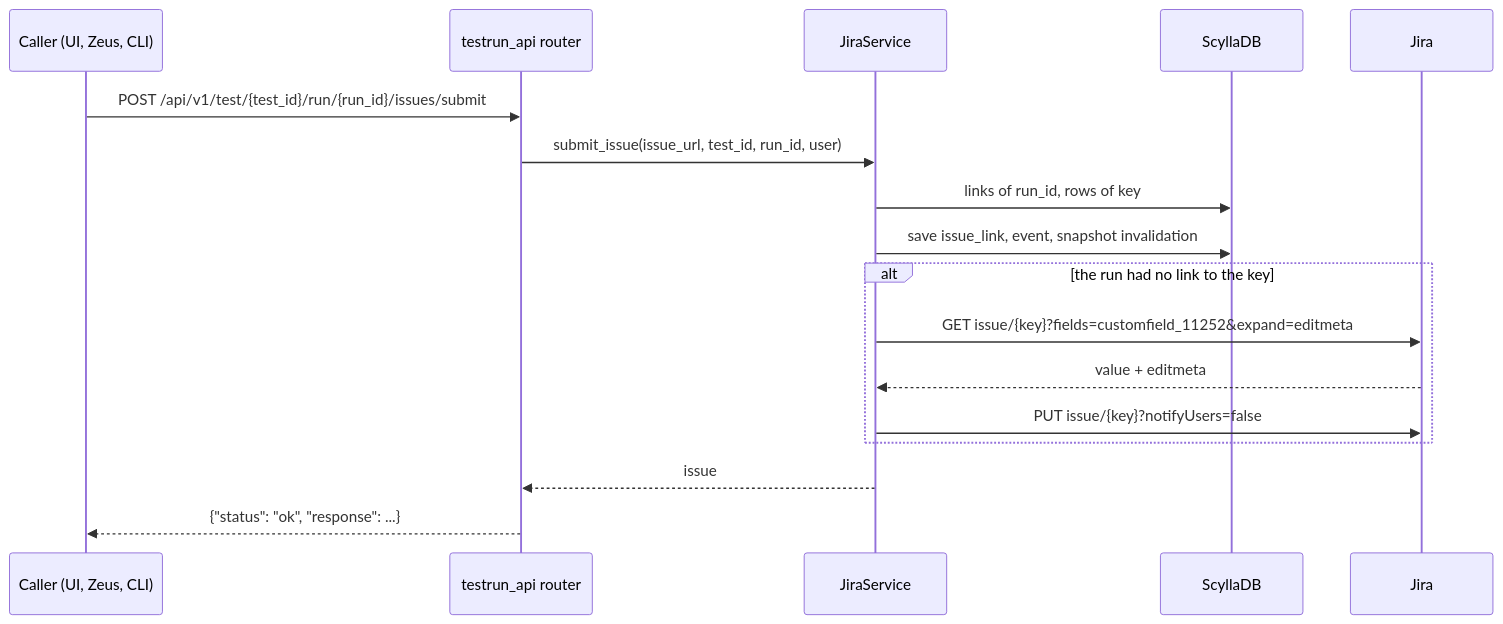
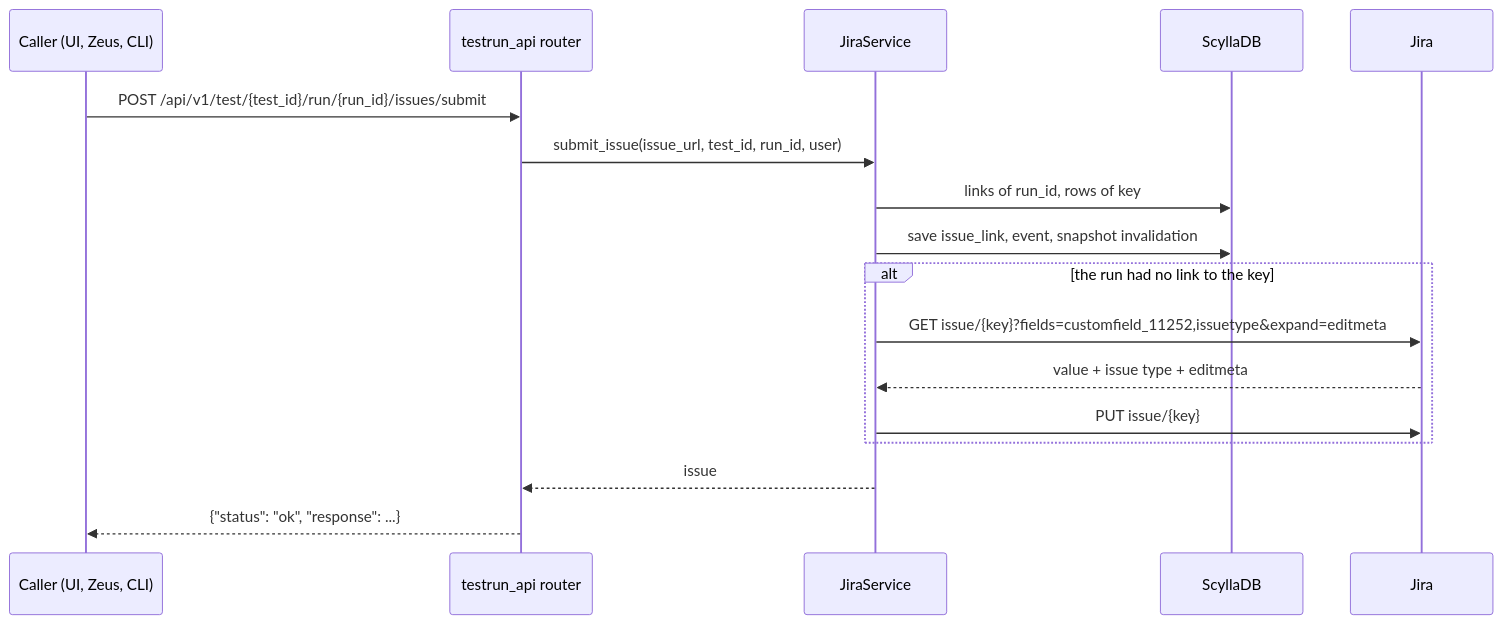
Before and after one commit to scylladb/argus: the first of 2 diagrams in tasks/ARGUS-212/spec.md, drawn with Mermaid. The commit also changed other lines of this file and 3 other files, not shown here.

````diff
--- a/tasks/ARGUS-212/spec.md
+++ b/tasks/ARGUS-212/spec.md
@@ -41,19 +45,19 @@
 ```mermaid
 sequenceDiagram
     participant U as Caller (UI, Zeus, CLI)
     participant R as testrun_api router
     participant J as JiraService
     participant D as ScyllaDB
     participant JR as Jira
     U->>R: POST /api/v1/test/{test_id}/run/{run_id}/issues/submit
     R->>J: submit_issue(issue_url, test_id, run_id, user)
     J->>D: links of run_id, rows of key
     J->>D: save issue_link, event, snapshot invalidation
     alt the run had no link to the key
-        J->>JR: GET issue/{key}?fields=customfield_11252&expand=editmeta
-        JR-->>J: value + editmeta
-        J->>JR: PUT issue/{key}?notifyUsers=false
+        J->>JR: GET issue/{key}?fields=customfield_11252,issuetype&expand=editmeta
+        JR-->>J: value + issue type + editmeta
+        J->>JR: PUT issue/{key}
     end
     J-->>R: issue
     R-->>U: {"status": "ok", "response": ...}
 ```
````
